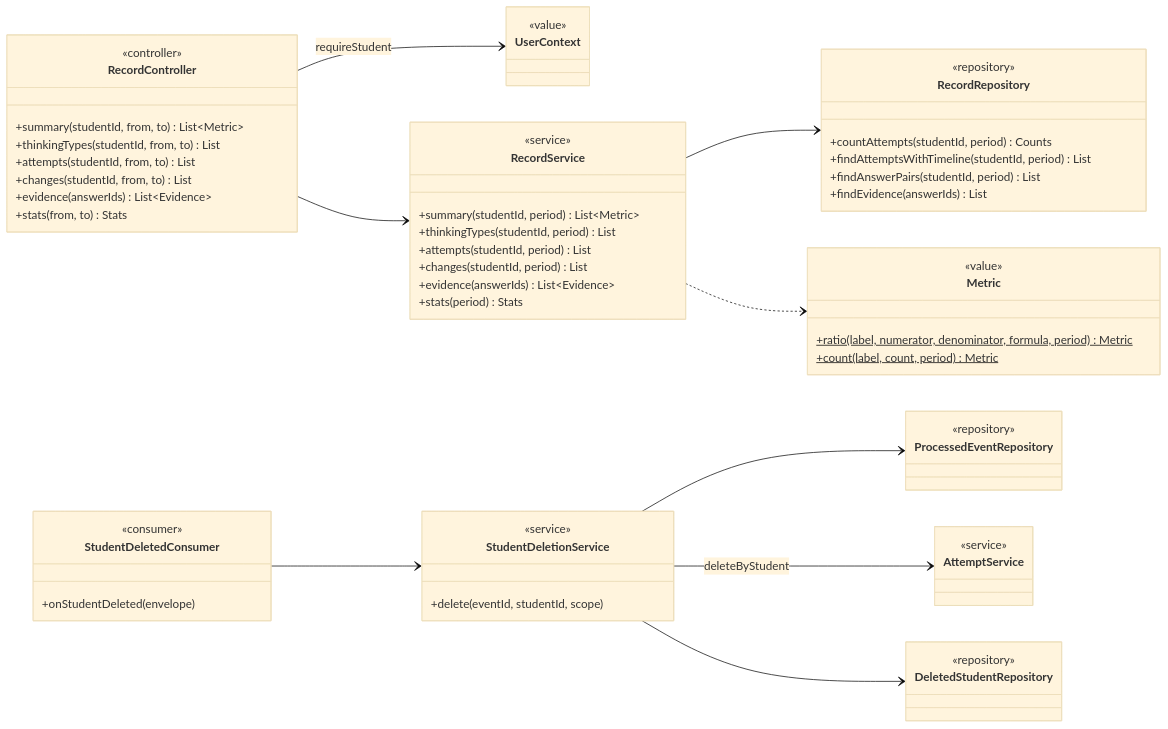
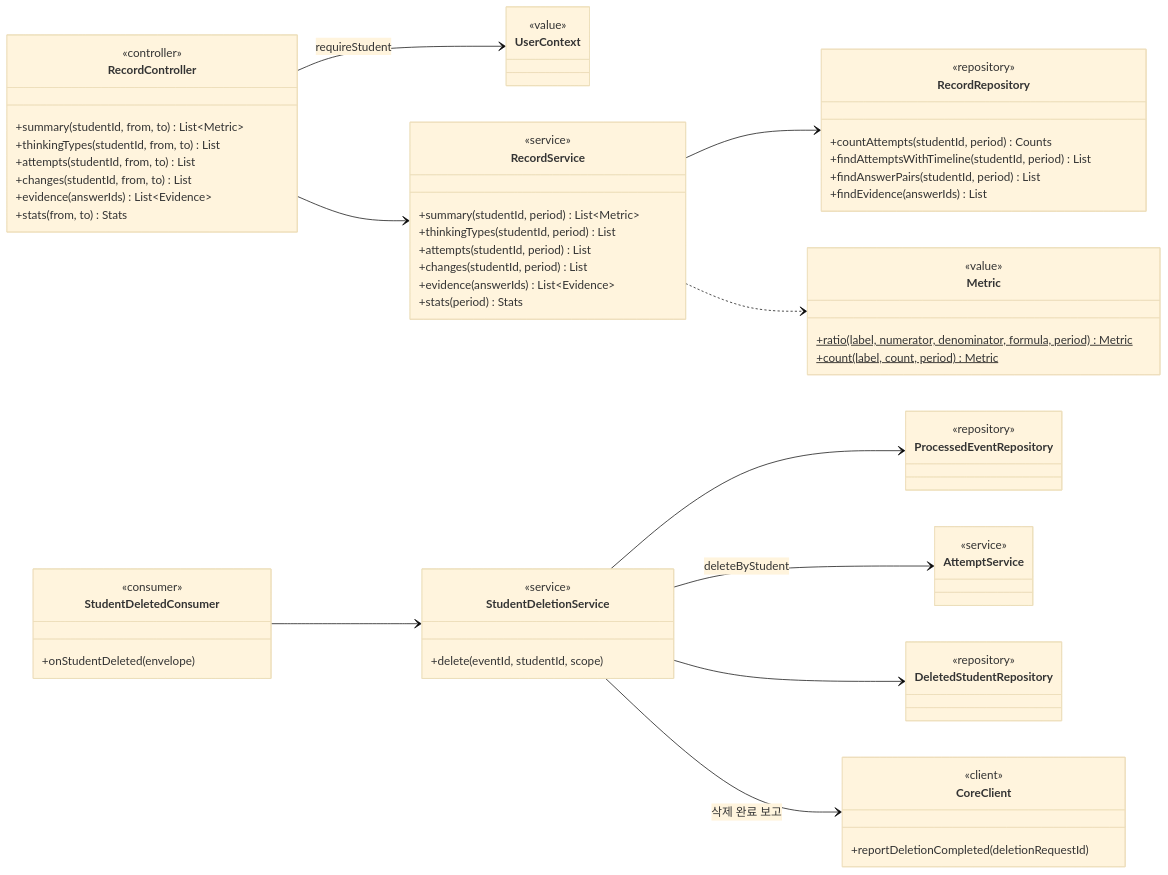
The tenth of 15 diagrams in docs/design/class-diagram.md (SKNETWORKS-FAMILY-AICAMP/SKN34-FINAL-3TEAM), drawn with Mermaid (base theme) before and after one commit. The commit also changed other lines of this file and 7 other files, not shown here.

````diff
--- a/docs/design/class-diagram.md
+++ b/docs/design/class-diagram.md
@@ -1087,55 +1092,60 @@
 ```mermaid
 classDiagram
   direction LR
   class RecordController {
     <<controller>>
     +summary(studentId, from, to) List~Metric~
     +thinkingTypes(studentId, from, to) List
     +attempts(studentId, from, to) List
     +changes(studentId, from, to) List
     +evidence(answerIds) List~Evidence~
     +stats(from, to) Stats
   }
   class RecordService {
     <<service>>
     +summary(studentId, period) List~Metric~
     +thinkingTypes(studentId, period) List
     +attempts(studentId, period) List
     +changes(studentId, period) List
     +evidence(answerIds) List~Evidence~
     +stats(period) Stats
   }
   class RecordRepository {
     <<repository>>
     +countAttempts(studentId, period) Counts
     +findAttemptsWithTimeline(studentId, period) List
     +findAnswerPairs(studentId, period) List
     +findEvidence(answerIds) List
   }
   class Metric {
     <<value>>
     +ratio(label, numerator, denominator, formula, period)$ Metric
     +count(label, count, period)$ Metric
   }
   class StudentDeletedConsumer {
     <<consumer>>
     +onStudentDeleted(envelope)
   }
   class StudentDeletionService {
     <<service>>
     +delete(eventId, studentId, scope)
   }
+  class CoreClient {
+    <<client>>
+    +reportDeletionCompleted(deletionRequestId)
+  }
   class DeletedStudentRepository { <<repository>> }
   class ProcessedEventRepository { <<repository>> }
   class AttemptService { <<service>> }
   class UserContext { <<value>> }
 
   RecordController --> UserContext : requireStudent
   RecordController --> RecordService
   RecordService --> RecordRepository
   RecordService ..> Metric
   StudentDeletedConsumer --> StudentDeletionService
   StudentDeletionService --> ProcessedEventRepository
   StudentDeletionService --> AttemptService : deleteByStudent
   StudentDeletionService --> DeletedStudentRepository
+  StudentDeletionService --> CoreClient : 삭제 완료 보고
 ```
````
